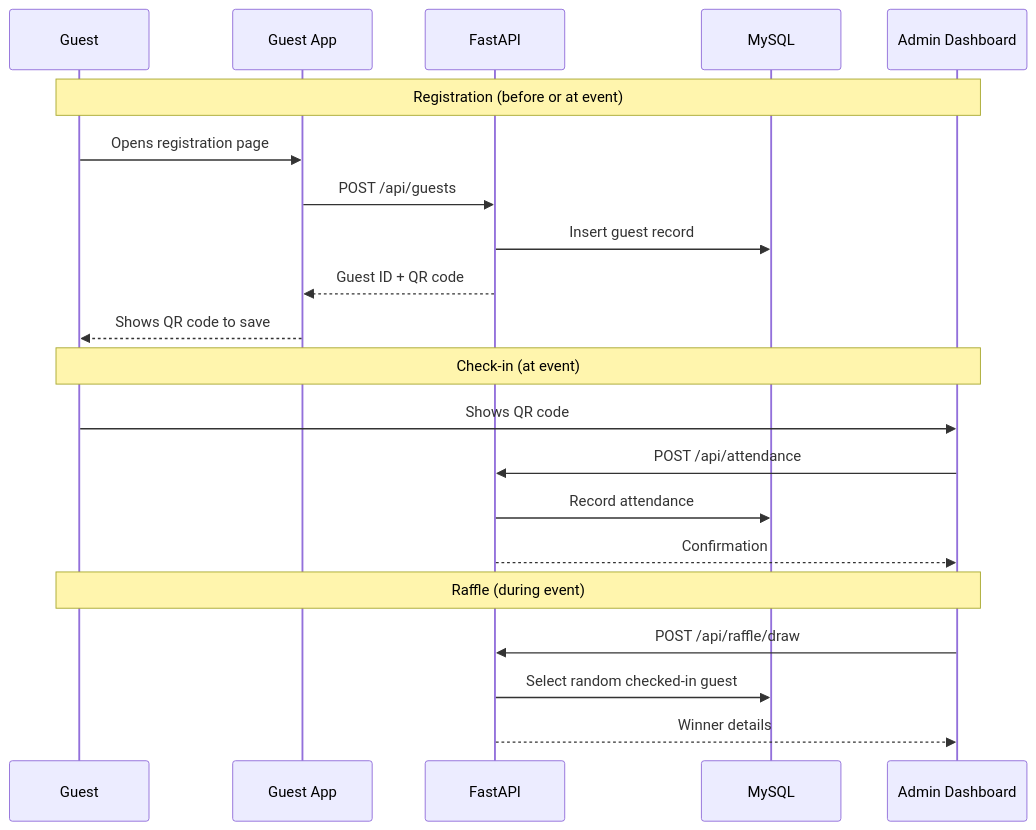
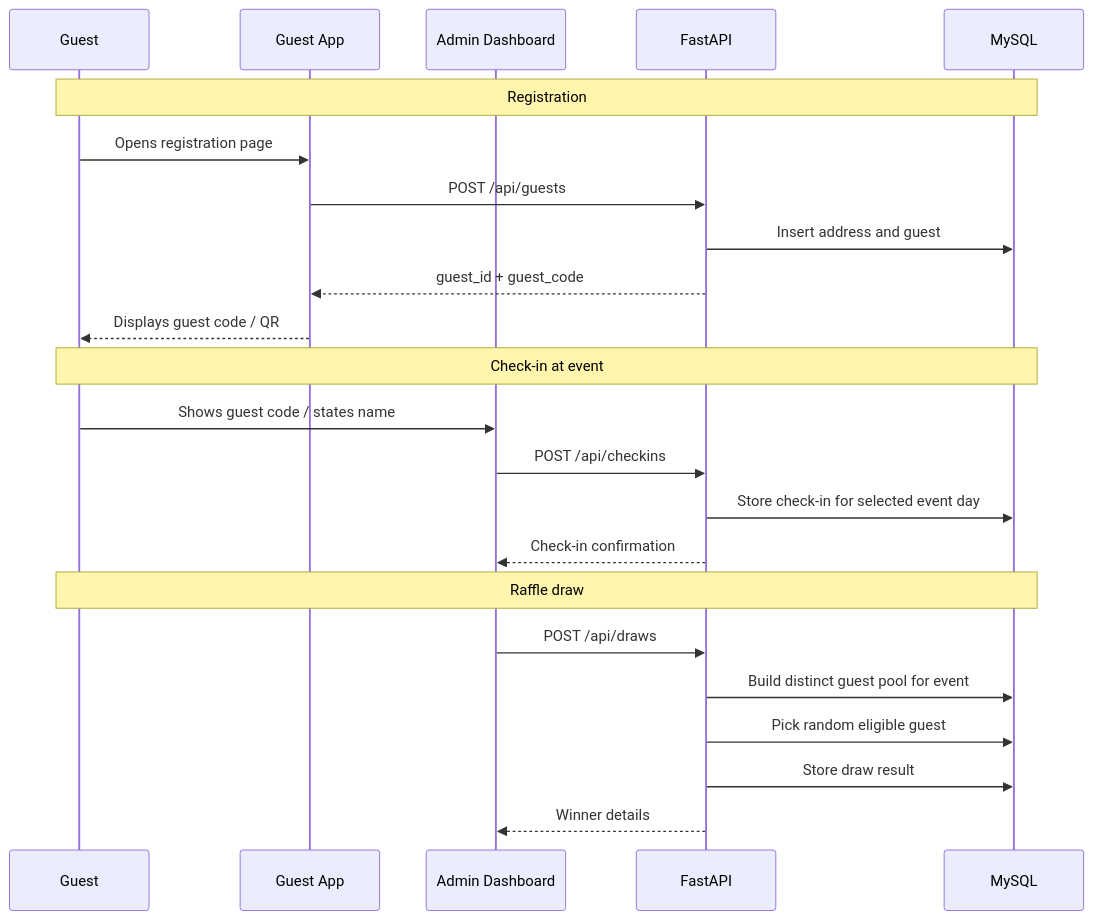
The second of 2 diagrams in docs/PRD.md (rabbitglauser/super-lottomatch), drawn with Mermaid before and after one commit. The commit also changed other lines of this file, not shown here.

First line of the commit message:
Adjusted specifications accordingly + included finished ERD

````diff
--- a/docs/PRD.md
+++ b/docs/PRD.md
@@ -91,26 +116,28 @@
 ```mermaid
 sequenceDiagram
     participant G as Guest
     participant App as Guest App
+    participant Admin as Admin Dashboard
     participant API as FastAPI
     participant DB as MySQL
-    participant Admin as Admin Dashboard
 
-    Note over G,Admin: Registration (before or at event)
+    Note over G,DB: Registration
     G->>App: Opens registration page
     App->>API: POST /api/guests
-    API->>DB: Insert guest record
-    API-->>App: Guest ID + QR code
-    App-->>G: Shows QR code to save
+    API->>DB: Insert address and guest
+    API-->>App: guest_id + guest_code
+    App-->>G: Displays guest code / QR
 
-    Note over G,Admin: Check-in (at event)
-    G->>Admin: Shows QR code
-    Admin->>API: POST /api/attendance
-    API->>DB: Record attendance
-    API-->>Admin: Confirmation
+    Note over G,DB: Check-in at event
+    G->>Admin: Shows guest code / states name
+    Admin->>API: POST /api/checkins
+    API->>DB: Store check-in for selected event day
+    API-->>Admin: Check-in confirmation
 
-    Note over G,Admin: Raffle (during event)
-    Admin->>API: POST /api/raffle/draw
-    API->>DB: Select random checked-in guest
+    Note over G,DB: Raffle draw
+    Admin->>API: POST /api/draws
+    API->>DB: Build distinct guest pool for event
+    API->>DB: Pick random eligible guest
+    API->>DB: Store draw result
     API-->>Admin: Winner details
 ```
````
